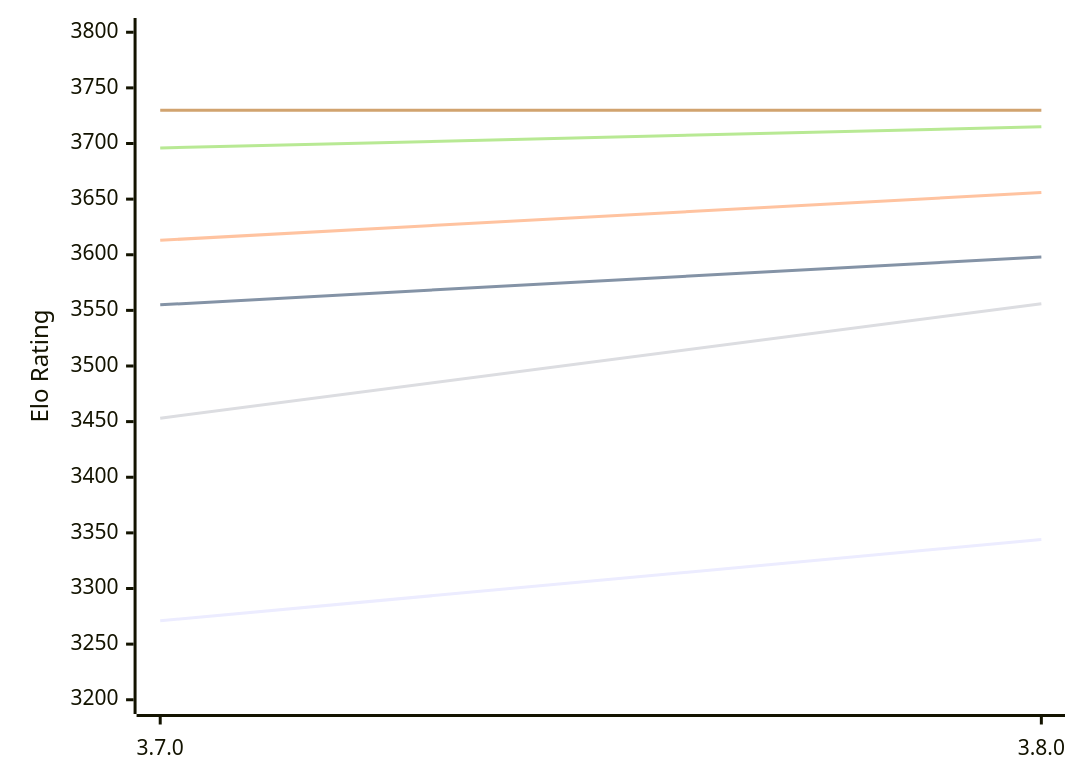
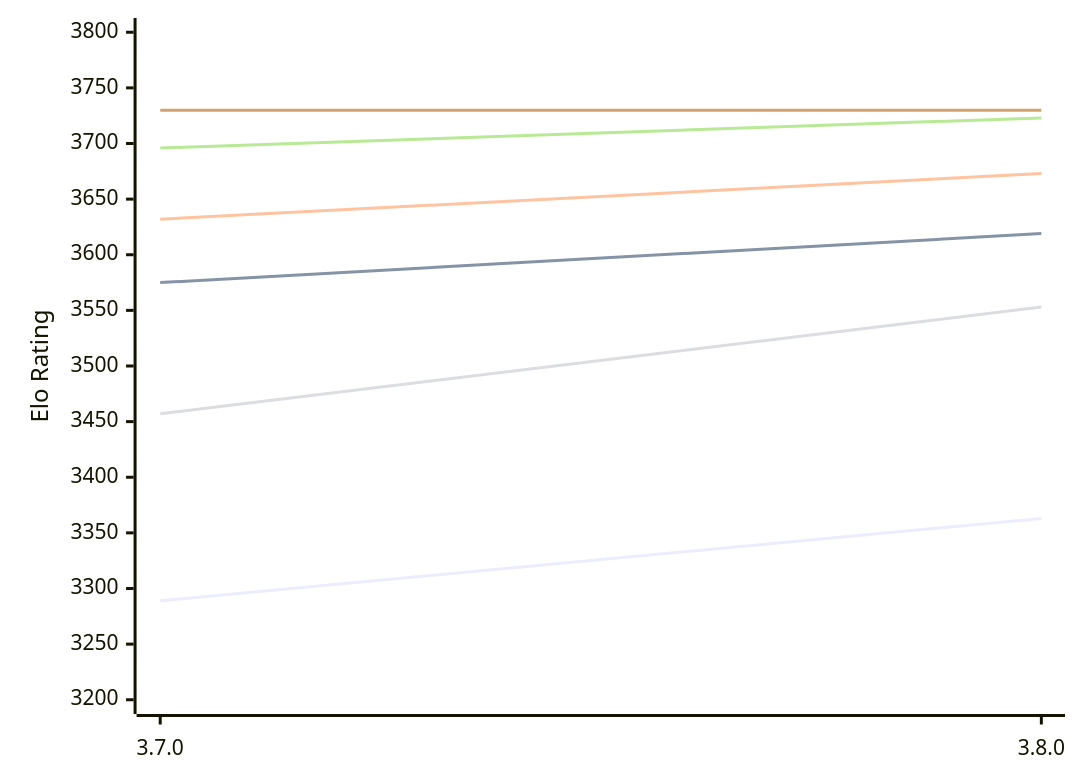
One commit to computer-chess-index/cci changed the first of 2 diagrams in engines/Igel.md. Above: the diagram before and after it, drawn with Mermaid. The commit also changed other lines of this file, not shown here.

Commit message:
Update CCI Ratings (ELO VLTC) - 2026-10-22

````diff
--- a/engines/Igel.md
+++ b/engines/Igel.md
@@ -51,12 +51,12 @@
 ```mermaid
 %%{init: {"theme":"base","themeVariables":{"seriesColors:['#a3a3a3','#222221','#faa371']}}}%%
 xychart-beta
   x-axis ["3.7.0", "3.8.0"]
   y-axis "Elo Rating" 3200 --> 3800
-  line "E1: STC (8.0+0.08s)" [3271, 3344]
-  line "E1: LTC (60.0+0.60s)" [3555, 3598]
-  line "E1: VLTC (2m24s+1.12s)" [3613, 3656]
-  line "P1: STC (8.0+0.08s)" [3453, 3556]
-  line "P1: LTC (60.0+0.60s)" [3696, 3715]
+  line "E1: STC (8.0+0.08s)" [3289, 3363]
+  line "E1: LTC (60.0+0.60s)" [3575, 3619]
+  line "E1: VLTC (2m24s+1.12s)" [3632, 3673]
+  line "P1: STC (8.0+0.08s)" [3457, 3553]
+  line "P1: LTC (60.0+0.60s)" [3696, 3723]
   line "P1: VLTC (2m24s+1.12s)" [3730, 3730]
 ```
````
